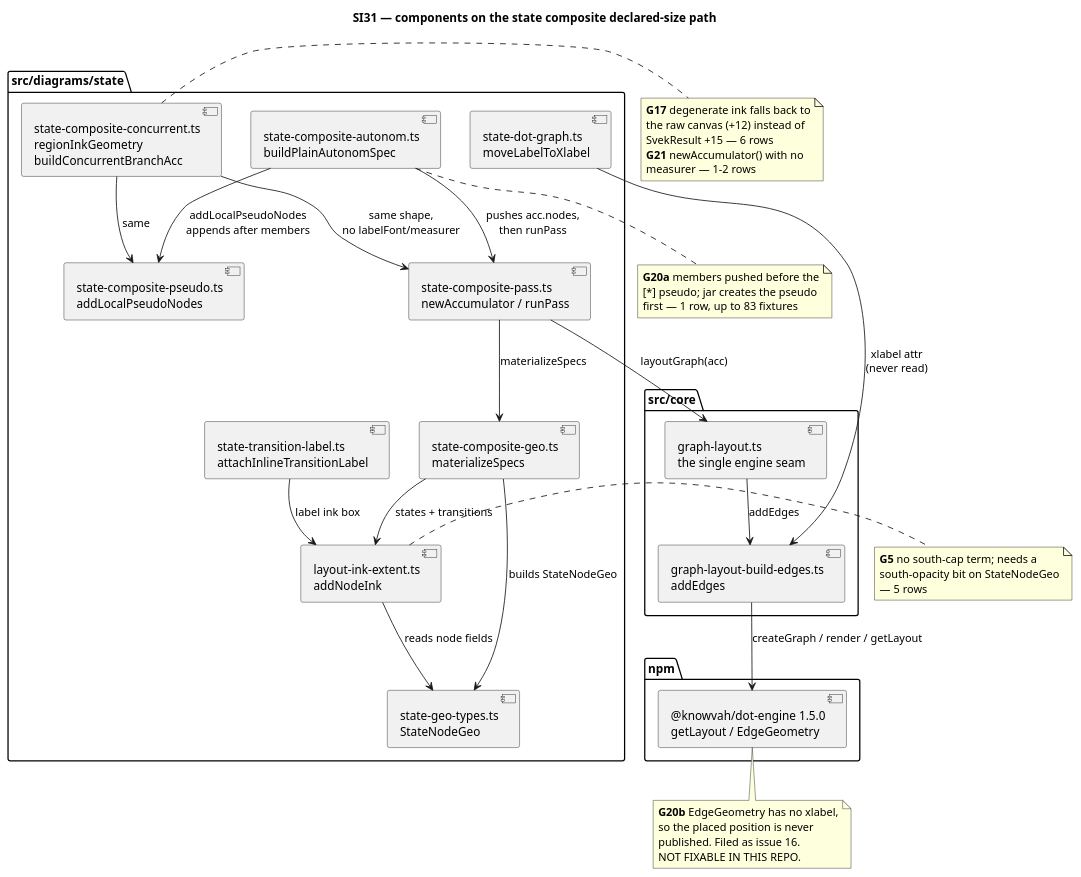
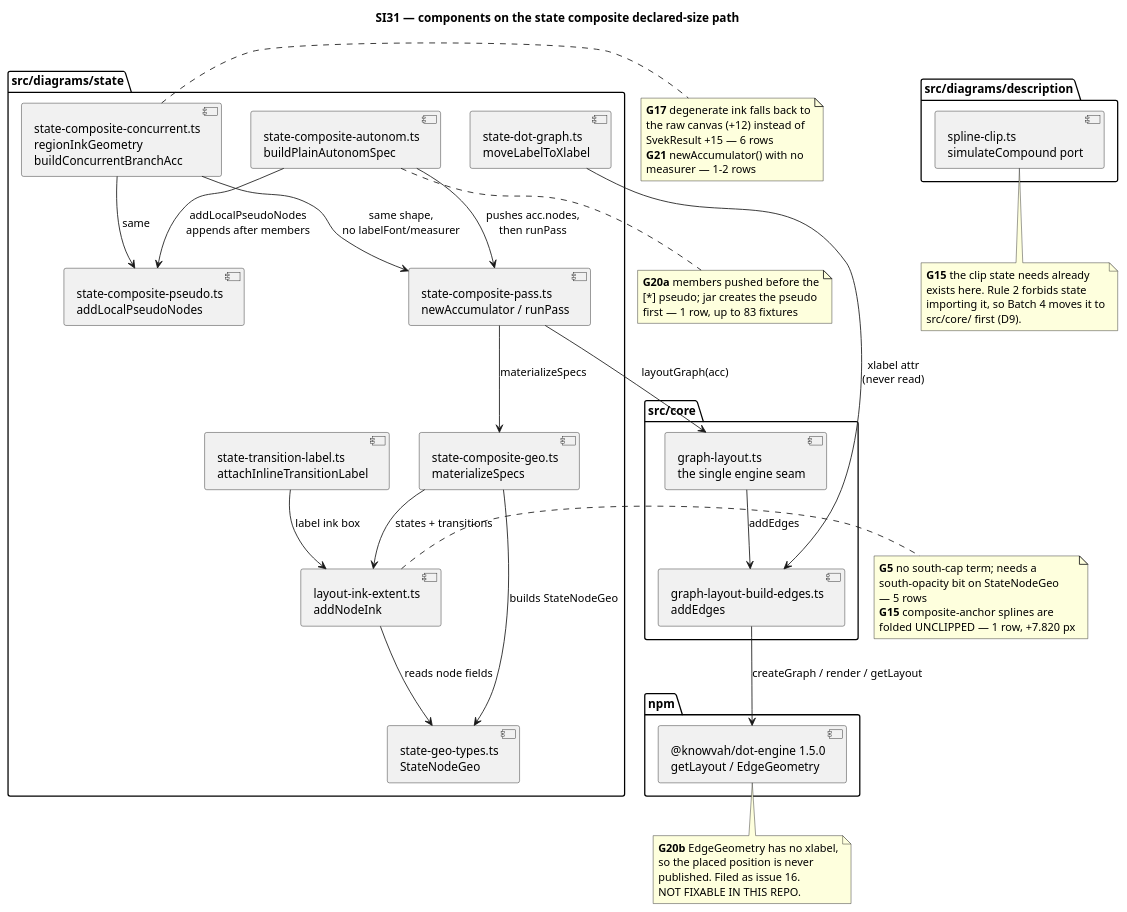
One commit to knowvah/plantuml-ts changed the diagram in plans/state-residual-fix-batch/diagrams/component-map.md. Above: the diagram before and after it, drawn with PlantUML. The commit also changed 10 other files, not shown here.

First line of the commit message:
docs(planning): add G15 composite-anchor clip as SI31 batch 4

````diff
--- a/plans/state-residual-fix-batch/diagrams/component-map.md
+++ b/plans/state-residual-fix-batch/diagrams/component-map.md
@@ -7,68 +7,81 @@
 ```plantuml
 @startuml
 title SI31 — components on the state composite declared-size path
 
 package "src/diagrams/state" {
   component "state-composite-autonom.ts\nbuildPlainAutonomSpec" as AUTONOM
   component "state-composite-concurrent.ts\nregionInkGeometry\nbuildConcurrentBranchAcc" as CONC
   component "state-composite-pseudo.ts\naddLocalPseudoNodes" as PSEUDO
   component "state-composite-pass.ts\nnewAccumulator / runPass" as PASS
   component "state-composite-geo.ts\nmaterializeSpecs" as GEO
   component "layout-ink-extent.ts\naddNodeInk" as INK
   component "state-geo-types.ts\nStateNodeGeo" as TYPES
   component "state-transition-label.ts\nattachInlineTransitionLabel" as TLABEL
   component "state-dot-graph.ts\nmoveLabelToXlabel" as DOTGRAPH
+}
+
+package "src/diagrams/description" {
+  component "spline-clip.ts\nsimulateCompound port" as CLIP
 }
 
 package "src/core" {
   component "graph-layout.ts\nthe single engine seam" as GLAYOUT
   component "graph-layout-build-edges.ts\naddEdges" as BUILDEDGES
 }
 
 package "npm" {
   component "@knowvah/dot-engine 1.5.0\ngetLayout / EdgeGeometry" as ENGINE
 }
 
 AUTONOM --> PASS : pushes acc.nodes,\nthen runPass
 CONC --> PASS : same shape,\nno labelFont/measurer
 AUTONOM --> PSEUDO : addLocalPseudoNodes\nappends after members
 CONC --> PSEUDO : same
 PASS --> GLAYOUT : layoutGraph(acc)
 GLAYOUT --> BUILDEDGES : addEdges
 BUILDEDGES --> ENGINE : createGraph / render / getLayout
 DOTGRAPH --> BUILDEDGES : xlabel attr\n(never read)
 PASS --> GEO : materializeSpecs
 GEO --> TYPES : builds StateNodeGeo
 GEO --> INK : states + transitions
 TLABEL --> INK : label ink box
 INK --> TYPES : reads node fields
 
 note right of CONC
   **G17** degenerate ink falls back to
   the raw canvas (+12) instead of
   SvekResult +15 — 6 rows
   **G21** newAccumulator() with no
   measurer — 1-2 rows
 end note
 
 note bottom of AUTONOM
   **G20a** members pushed before the
   [*] pseudo; jar creates the pseudo
   first — 1 row, up to 83 fixtures
 end note
 
 note right of INK
   **G5** no south-cap term; needs a
   south-opacity bit on StateNodeGeo
   — 5 rows
+  **G15** composite-anchor splines are
+  folded UNCLIPPED — 1 row, +7.820 px
+end note
+
+note bottom of CLIP
+  **G15** the clip state needs already
+  exists here. Rule 2 forbids state
+  importing it, so Batch 4 moves it to
+  src/core/ first (D9).
 end note
 
 note bottom of ENGINE
   **G20b** EdgeGeometry has no xlabel,
   so the placed position is never
   published. Filed as issue 16.
   NOT FIXABLE IN THIS REPO.
 end note
 
 @enduml
 ```
````
